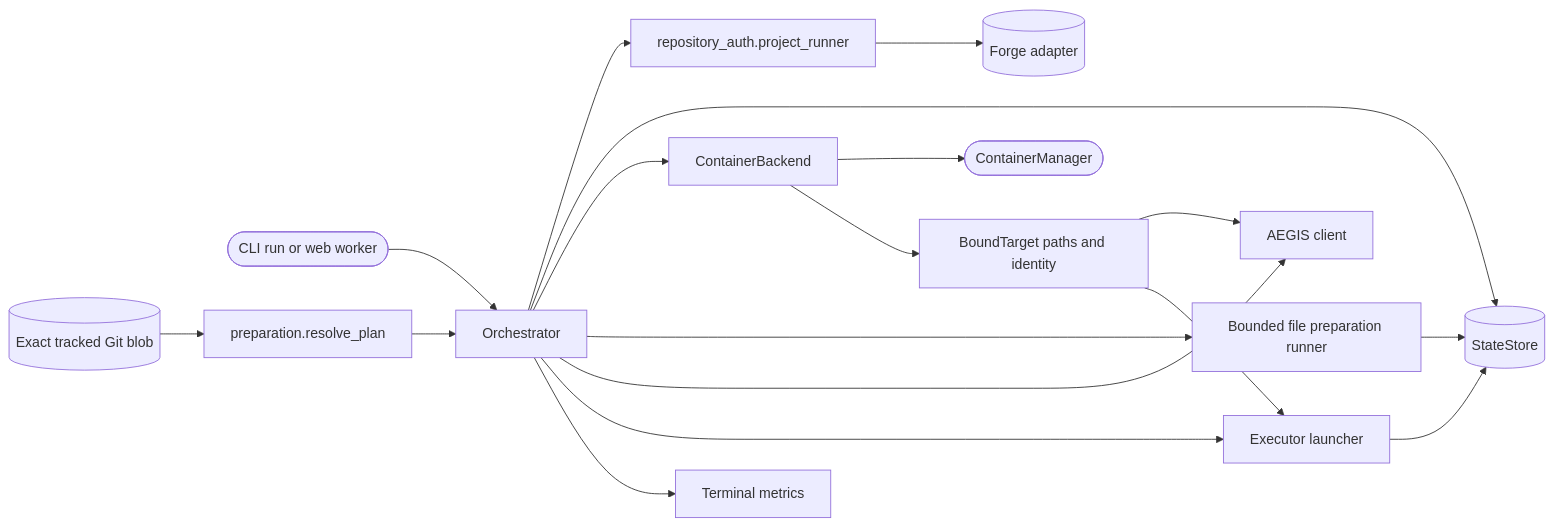
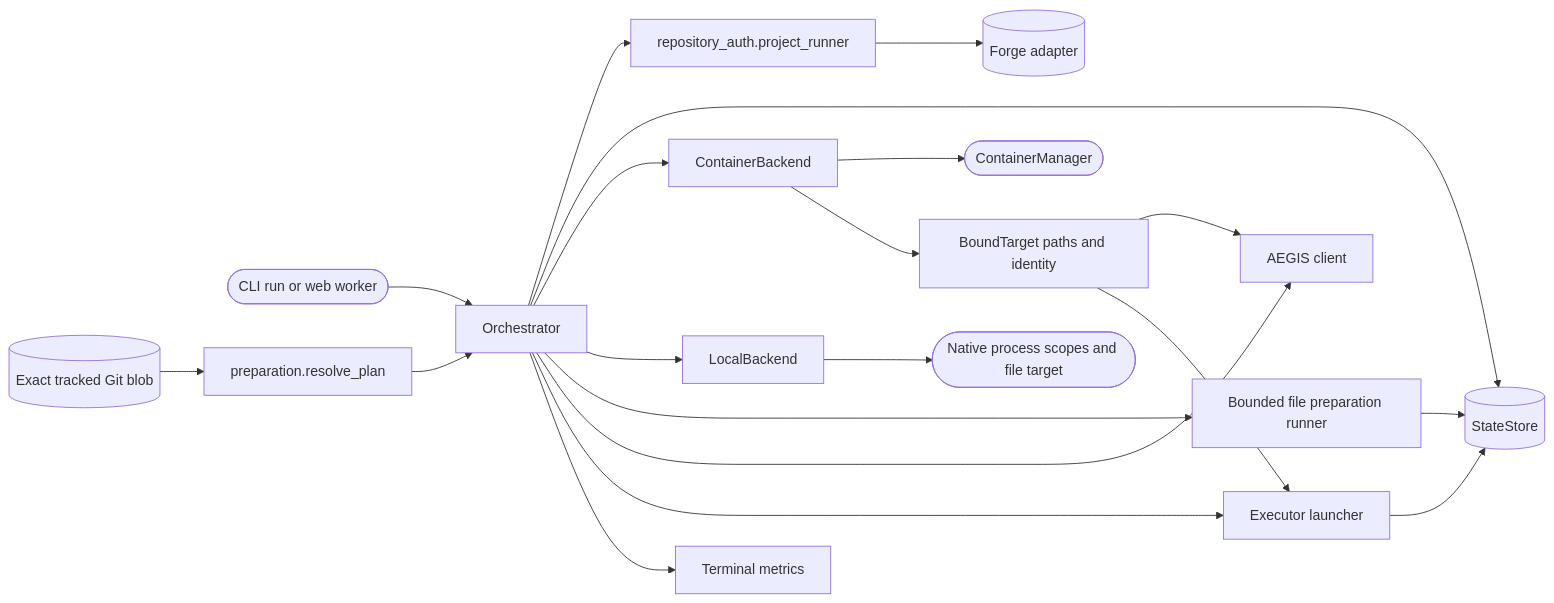
The diagram in .agentic/knowledge/orchestrator.md (DDP-Engineering/AgenticDeliveryOrchestratorRuntimeEngine), drawn with Mermaid before and after one commit. The commit also changed other lines of this file and 85 other files, not shown here.

First line of the commit message:
feat: add native local executor backend for Gitea #21

````diff
--- a/.agentic/knowledge/orchestrator.md
+++ b/.agentic/knowledge/orchestrator.md
@@ -72,20 +78,22 @@
 ```mermaid
 flowchart LR
     cli([CLI run or web worker]) --> conductor[Orchestrator]
     conductor --> auth[repository_auth.project_runner]
     auth --> forge[(Forge adapter)]
     conductor --> state[(StateStore)]
     Source[(Exact tracked Git blob)] --> Plan[preparation.resolve_plan]
     Plan --> conductor
     conductor --> Backend[ContainerBackend]
     Backend --> Runtime([ContainerManager])
+    conductor --> Native[LocalBackend]
+    Native --> Owned([Native process scopes and file target])
     Backend --> Target[BoundTarget paths and identity]
     conductor --> Preparation[Bounded file preparation runner]
     Preparation --> state
     Target --> aegis[AEGIS client]
     Target --> executor
     conductor --> aegis
     conductor --> executor[Executor launcher]
     conductor --> metrics[Terminal metrics]
     executor --> state
 ```
````
